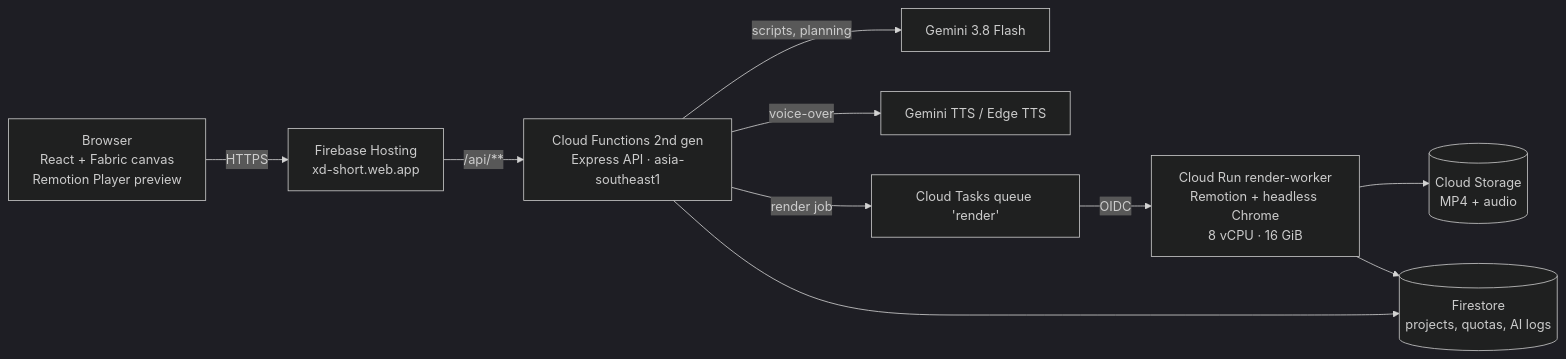
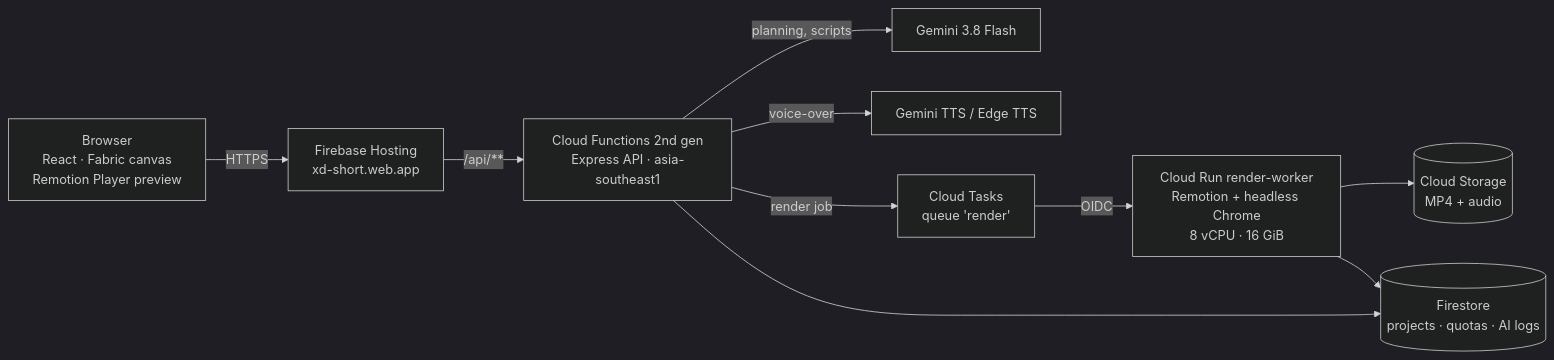
One commit to TinhVoLab/XD-Short-Studio-AIBuilderCup changed the diagram in README.md. Above: the diagram before and after it, drawn with Mermaid (dark theme). The commit also changed other lines of this file and 5 other files, not shown here.

Commit message:
docs: submission README with screenshots, judging map, measurements and roadmap

````diff
--- a/README.md
+++ b/README.md
@@ -39,12 +55,12 @@
 ```mermaid
 flowchart LR
-  U[Browser<br/>React + Fabric canvas<br/>Remotion Player preview] -->|HTTPS| H[Firebase Hosting<br/>xd-short.web.app]
+  U[Browser<br/>React · Fabric canvas<br/>Remotion Player preview] -->|HTTPS| H[Firebase Hosting<br/>xd-short.web.app]
   H -->|/api/**| F[Cloud Functions 2nd gen<br/>Express API · asia-southeast1]
-  F -->|scripts, planning| G[Gemini 3.8 Flash]
+  F -->|planning, scripts| G[Gemini 3.8 Flash]
   F -->|voice-over| T[Gemini TTS / Edge TTS]
-  F -->|render job| Q[Cloud Tasks queue 'render']
+  F -->|render job| Q[Cloud Tasks<br/>queue 'render']
   Q -->|OIDC| W[Cloud Run render-worker<br/>Remotion + headless Chrome<br/>8 vCPU · 16 GiB]
   W --> S[(Cloud Storage<br/>MP4 + audio)]
-  F --> D[(Firestore<br/>projects, quotas, AI logs)]
+  F --> D[(Firestore<br/>projects · quotas · AI logs)]
   W --> D
 ```
````
